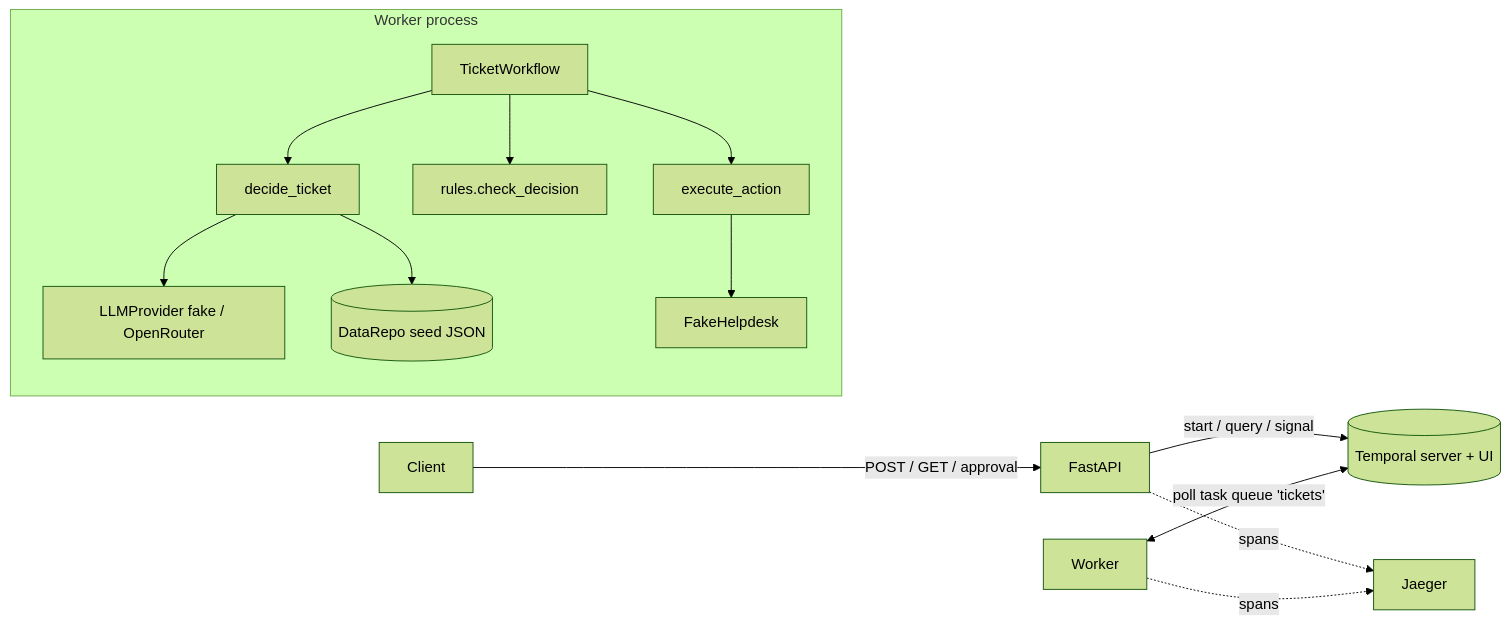
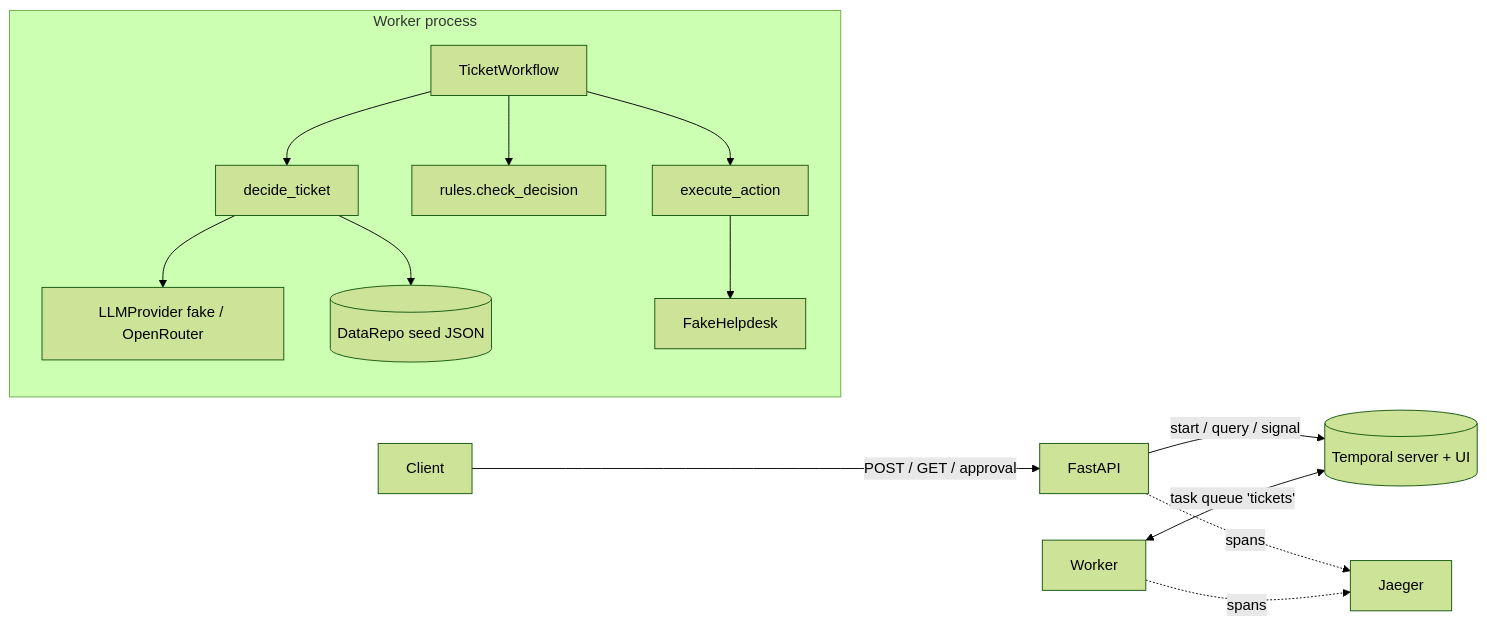
One commit to makram89/Agentic-Ticket-Workflow changed the second of 2 diagrams in README.md. Above: the diagram before and after it, drawn with Mermaid (forest theme). The commit also changed other lines of this file and 2 other files, not shown here.

Commit message:
Slim README to usage/flow/stack/tests; move assignment answers to ignored ANSWERS.md

````diff
--- a/README.md
+++ b/README.md
@@ -99,16 +34,16 @@
 ```mermaid
 flowchart LR
   C[Client] -->|POST / GET / approval| API[FastAPI]
   API -->|start / query / signal| T[(Temporal server + UI)]
-  W[Worker] <-->|poll task queue 'tickets'| T
+  W[Worker] <-->|task queue 'tickets'| T
   subgraph Worker process
     WF[TicketWorkflow] --> A1[decide_ticket]
     WF --> R[rules.check_decision]
     WF --> A2[execute_action]
     A1 --> LLM[LLMProvider fake / OpenRouter]
     A1 --> D[(DataRepo seed JSON)]
     A2 --> H[FakeHelpdesk]
   end
-  API -. spans .-> J[Jaeger]
-  W -. spans .-> J
+  API -.spans.-> J[Jaeger]
+  W -.spans.-> J
 ```
````
